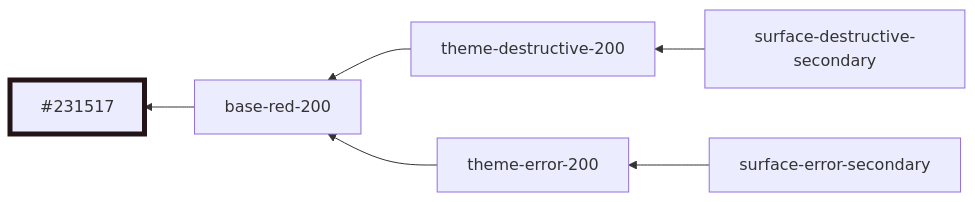
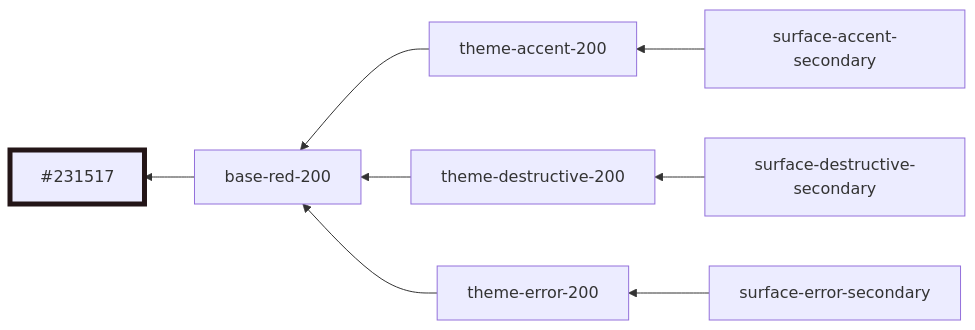
One commit to oxidecomputer/design-system changed diagram 18 of 51 in styles/dist/red.md. Above: the diagram before and after it, drawn with Mermaid. The commit also changed other lines of this file and 2 other files, not shown here.

Commit message:
Fix red theme

````diff
--- a/styles/dist/red.md
+++ b/styles/dist/red.md
@@ -226,10 +202,12 @@
 ```mermaid
 graph RL
   base-red-200 --> #231517:::base-red-200
+  surface-accent-secondary --> theme-accent-200
   surface-destructive-secondary --> theme-destructive-200
   surface-error-secondary --> theme-error-200
+  theme-accent-200 --> base-red-200
   theme-destructive-200 --> base-red-200
   theme-error-200 --> base-red-200
 
 	classDef base-red-200 stroke-width:5,stroke:#231517
 ```
````
